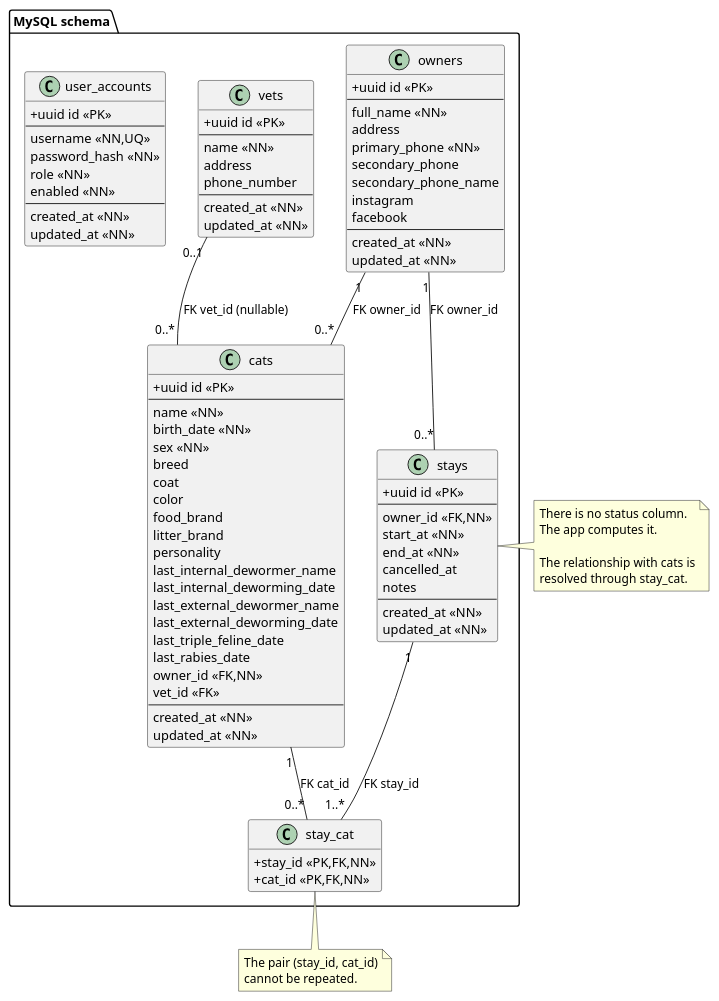
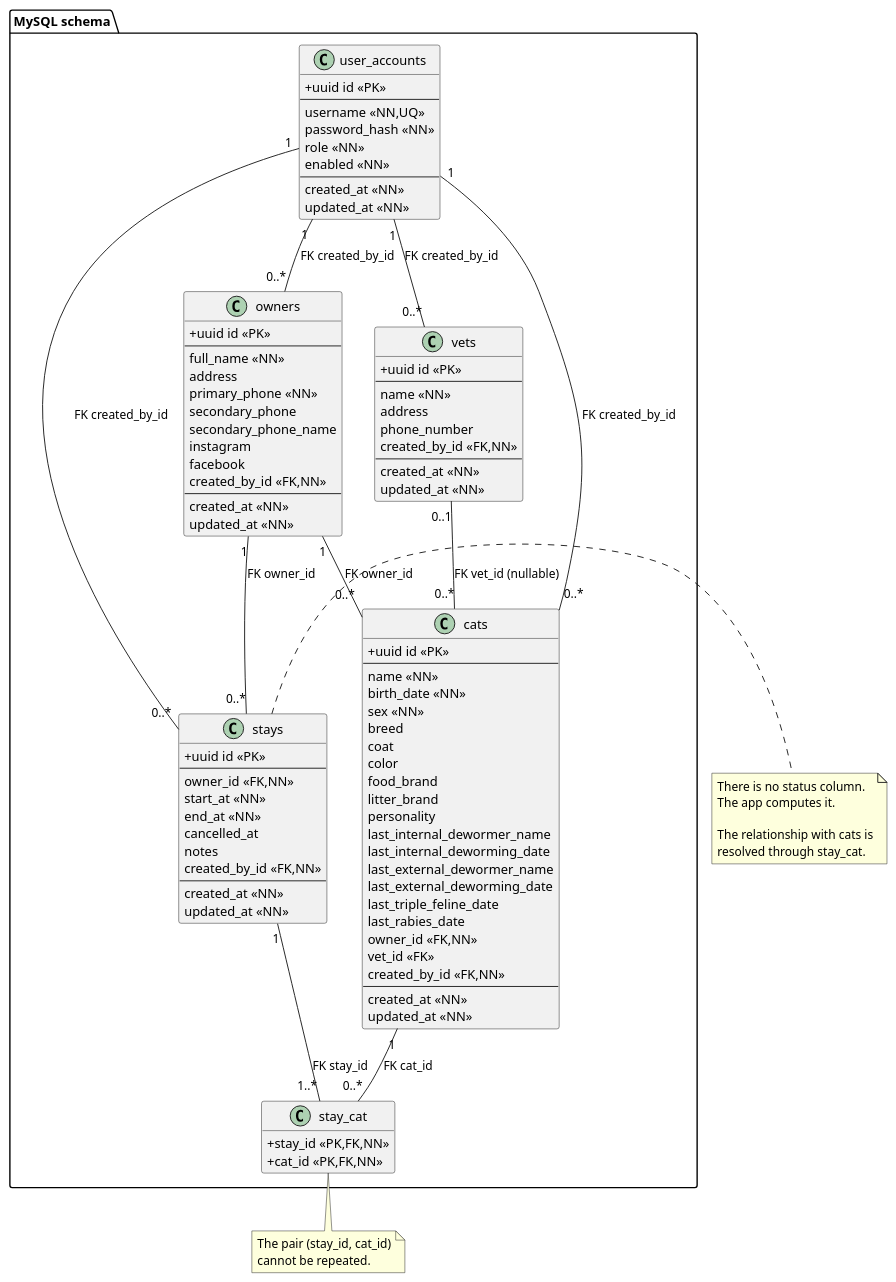
Before and after one commit to TheZenithPassage/catworld: the diagram in docs/uml/02-db-schema.puml, drawn with PlantUML. The commit also changed 30 other files, not shown here.

```diff
--- a/docs/uml/02-db-schema.puml
+++ b/docs/uml/02-db-schema.puml
@@ -1,109 +1,117 @@
 @startuml
 hide methods
 hide stereotypes
 skinparam classAttributeIconSize 0
 
 package "MySQL schema" {
 
   class owners <<table>> {
     +uuid id <<PK>>
     --
     full_name <<NN>>
     address
     primary_phone <<NN>>
     secondary_phone
     secondary_phone_name
     instagram
     facebook
+    created_by_id <<FK,NN>>
     --
     created_at <<NN>>
     updated_at <<NN>>
   }
 
   class vets <<table>> {
     +uuid id <<PK>>
     --
     name <<NN>>
     address
     phone_number
+    created_by_id <<FK,NN>>
     --
     created_at <<NN>>
     updated_at <<NN>>
   }
 
   class cats <<table>> {
     +uuid id <<PK>>
     --
     name <<NN>>
     birth_date <<NN>>
     sex <<NN>>
     breed
     coat
     color
     food_brand
     litter_brand
     personality
     last_internal_dewormer_name
     last_internal_deworming_date
     last_external_dewormer_name
     last_external_deworming_date
     last_triple_feline_date
     last_rabies_date
     owner_id <<FK,NN>>
     vet_id <<FK>>
+    created_by_id <<FK,NN>>
     --
     created_at <<NN>>
     updated_at <<NN>>
   }
 
   class stays <<table>> {
     +uuid id <<PK>>
     --
     owner_id <<FK,NN>>
     start_at <<NN>>
     end_at <<NN>>
     cancelled_at
     notes
+    created_by_id <<FK,NN>>
     --
     created_at <<NN>>
     updated_at <<NN>>
   }
 
   class stay_cat <<table>> {
     +stay_id <<PK,FK,NN>>
     +cat_id <<PK,FK,NN>>
   }
 
   class user_accounts <<table>> {
     +uuid id <<PK>>
     --
     username <<NN,UQ>>
     password_hash <<NN>>
     role <<NN>>
     enabled <<NN>>
     --
     created_at <<NN>>
     updated_at <<NN>>
   }
 
   owners "1" -- "0..*" cats : FK owner_id
   vets   "0..1" -- "0..*" cats : FK vet_id (nullable)
   owners "1" -- "0..*" stays : FK owner_id
   stays  "1" -- "1..*" stay_cat : FK stay_id
   cats   "1" -- "0..*" stay_cat : FK cat_id
+  user_accounts "1" -- "0..*" owners : FK created_by_id
+  user_accounts "1" -- "0..*" cats : FK created_by_id
+  user_accounts "1" -- "0..*" vets : FK created_by_id
+  user_accounts "1" -- "0..*" stays : FK created_by_id
 }
 
 note right of stays
 There is no status column.
 The app computes it.
 
 The relationship with cats is
 resolved through stay_cat.
 end note
 
 note bottom of stay_cat
 The pair (stay_id, cat_id)
 cannot be repeated.
 end note
 
 @enduml
```
